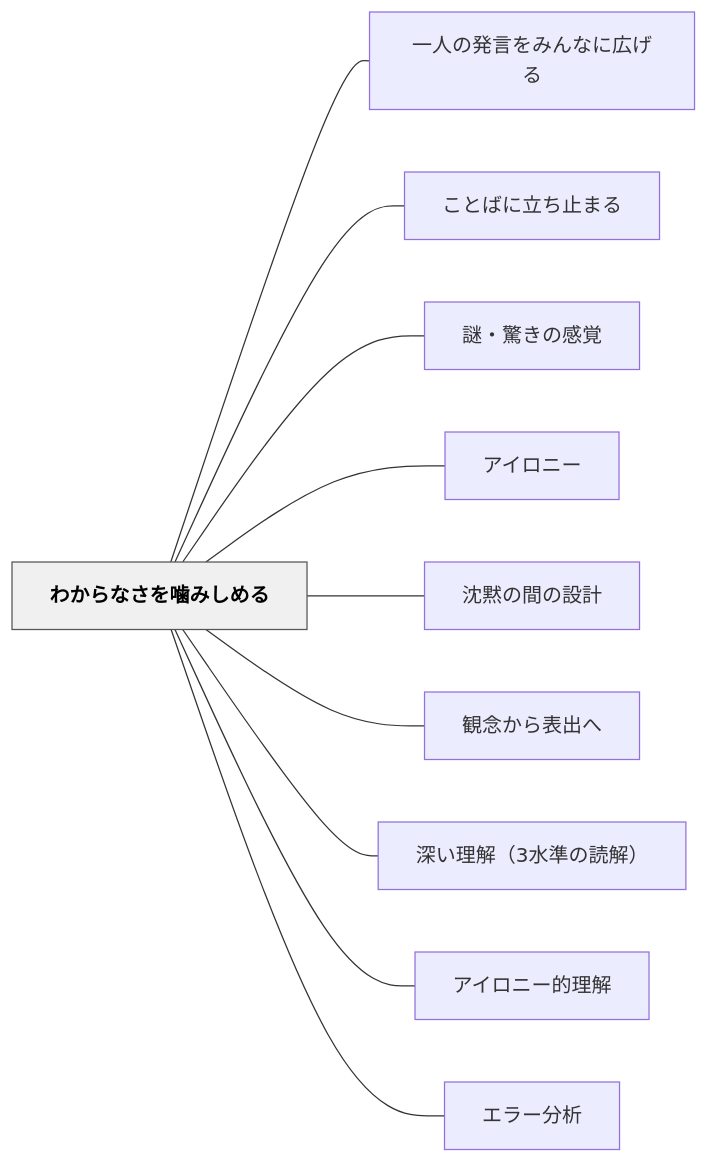
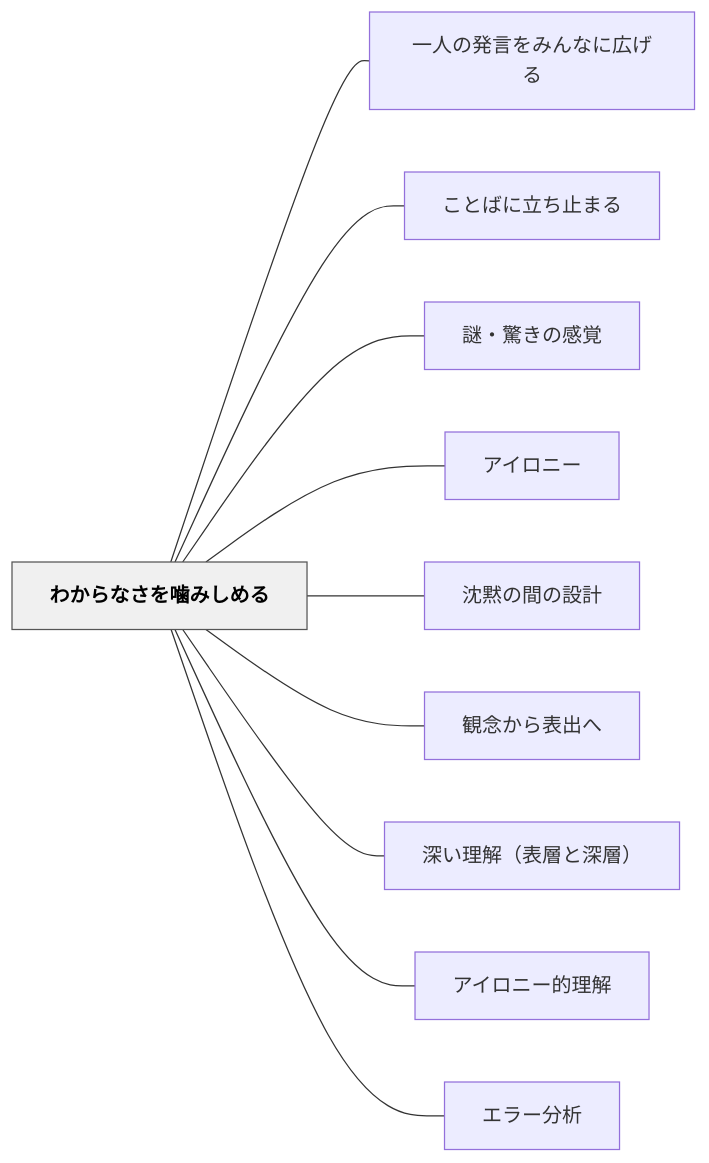
The diagram in content/パタン/わからなさを噛みしめる.md (unknownthings-ed-patterns/unknownthings-ed-patterns), drawn with Mermaid before and after one commit. The commit also changed other lines of this file and 26 other files, not shown here.

````diff
--- a/content/パタン/わからなさを噛みしめる.md
+++ b/content/パタン/わからなさを噛みしめる.md
@@ -94,26 +94,26 @@
 ```mermaid
 flowchart LR
     ne3828fe3818be38289e381aae38195e38292e5999be381bfe38197e38281e3828b["わからなさを噛みしめる"]
     ne4b880e4babae381aee799bae8a880e38292e381bfe38293e381aae381abe5ba83e38192e3828b["一人の発言をみんなに広げる"]
     ne38193e381a8e381b0e381abe7ab8be381a1e6ada2e381bee3828b["ことばに立ち止まる"]
     ne8ac8ee383bbe9a99ae3818de381aee6849fe8a69a["謎・驚きの感覚"]
     ne382a2e382a4e383ade3838be383bc["アイロニー"]
     ne6b288e9bb99e381aee99693e381aee8a8ade8a888["沈黙の間の設計"]
     ne8a6b3e5bfb5e3818be38289e8a1a8e587bae381b8["観念から表出へ"]
-    ne6b7b1e38184e79086e8a7a3efbc8833e6b0b4e6ba96e381aee8aaade8a7a3efbc89["深い理解（3水準の読解）"]
+    ne6b7b1e38184e79086e8a7a3efbc88e8a1a8e5b1a4e381a8e6b7b1e5b1a4efbc89["深い理解（表層と深層）"]
     ne382a2e382a4e383ade3838be383bce79a84e79086e8a7a3["アイロニー的理解"]
     ne382a8e383a9e383bce58886e69e90["エラー分析"]
 
     ne3828fe3818be38289e381aae38195e38292e5999be381bfe38197e38281e3828b --- ne4b880e4babae381aee799bae8a880e38292e381bfe38293e381aae381abe5ba83e38192e3828b
     ne3828fe3818be38289e381aae38195e38292e5999be381bfe38197e38281e3828b --- ne38193e381a8e381b0e381abe7ab8be381a1e6ada2e381bee3828b
     ne3828fe3818be38289e381aae38195e38292e5999be381bfe38197e38281e3828b --- ne8ac8ee383bbe9a99ae3818de381aee6849fe8a69a
     ne3828fe3818be38289e381aae38195e38292e5999be381bfe38197e38281e3828b --- ne382a2e382a4e383ade3838be383bc
     ne3828fe3818be38289e381aae38195e38292e5999be381bfe38197e38281e3828b --- ne6b288e9bb99e381aee99693e381aee8a8ade8a888
     ne3828fe3818be38289e381aae38195e38292e5999be381bfe38197e38281e3828b --- ne8a6b3e5bfb5e3818be38289e8a1a8e587bae381b8
-    ne3828fe3818be38289e381aae38195e38292e5999be381bfe38197e38281e3828b --- ne6b7b1e38184e79086e8a7a3efbc8833e6b0b4e6ba96e381aee8aaade8a7a3efbc89
+    ne3828fe3818be38289e381aae38195e38292e5999be381bfe38197e38281e3828b --- ne6b7b1e38184e79086e8a7a3efbc88e8a1a8e5b1a4e381a8e6b7b1e5b1a4efbc89
     ne3828fe3818be38289e381aae38195e38292e5999be381bfe38197e38281e3828b --- ne382a2e382a4e383ade3838be383bce79a84e79086e8a7a3
     ne3828fe3818be38289e381aae38195e38292e5999be381bfe38197e38281e3828b --- ne382a8e383a9e383bce58886e69e90
 
     classDef hub fill:#f0f0f0,stroke:#555,color:#000,font-weight:bold
     class ne3828fe3818be38289e381aae38195e38292e5999be381bfe38197e38281e3828b hub
 ```
````
